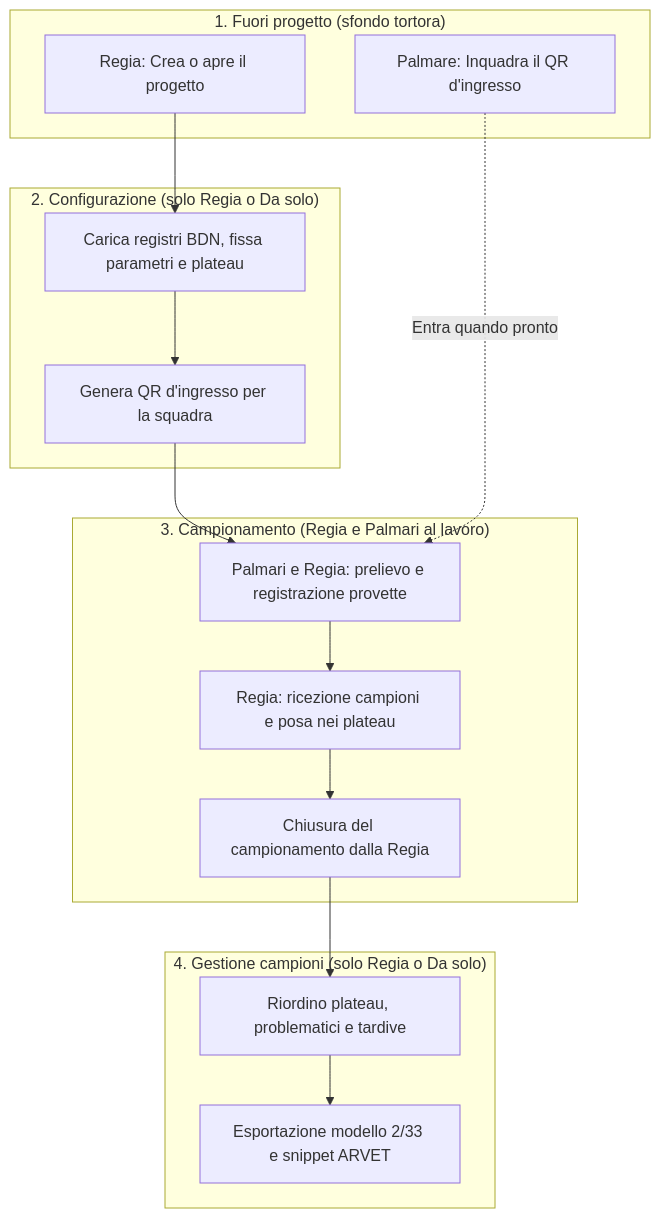
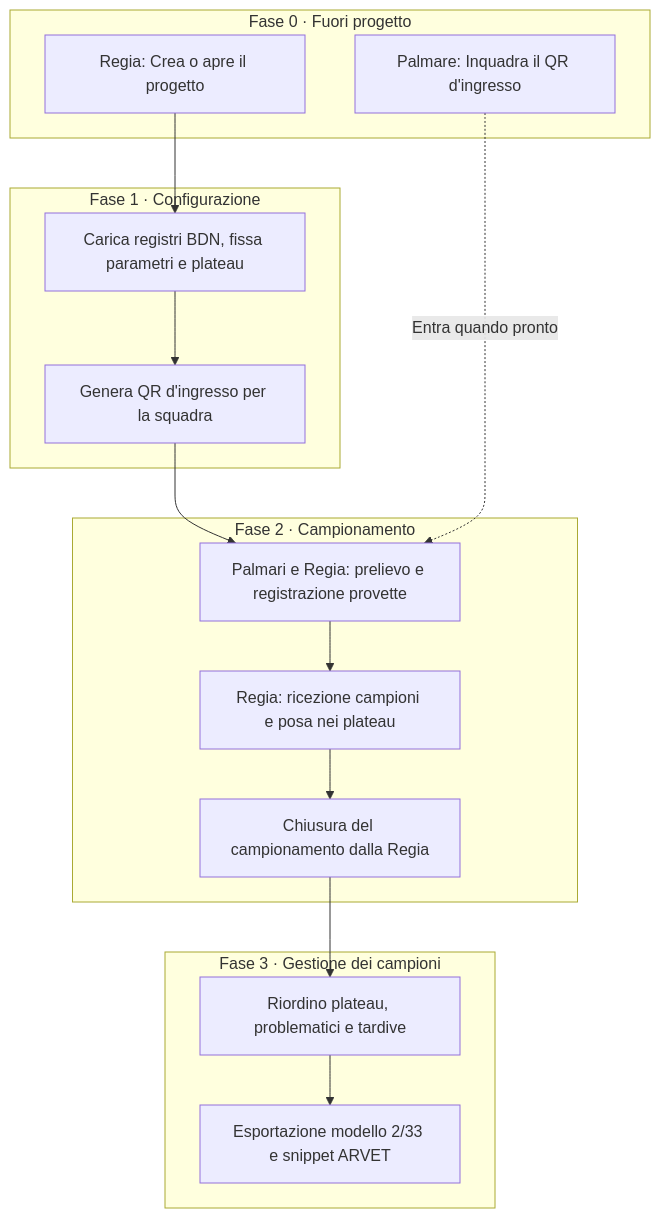
One commit to uvesco/fejalog-sito changed the diagram in docs/inizia-qui/fasi-e-ruoli.md. Above: the diagram before and after it, drawn with Mermaid. The commit also changed other lines of this file and 23 other files, not shown here.

Commit message:
Sito: icone, diagrammi ed elenchi corretti; APK dalla Regia nella guida (da fejalog acd0a11)

````diff
--- a/docs/inizia-qui/fasi-e-ruoli.md
+++ b/docs/inizia-qui/fasi-e-ruoli.md
@@ -30,32 +34,32 @@
 ```mermaid
 flowchart TD
-    subgraph F0 ["1. Fuori progetto (sfondo tortora)"]
+    subgraph F0 ["Fase 0 · Fuori progetto"]
         F0_A["Regia: Crea o apre il progetto"]
         F0_B["Palmare: Inquadra il QR d'ingresso"]
     end
 
-    subgraph F1 ["2. Configurazione (solo Regia o Da solo)"]
+    subgraph F1 ["Fase 1 · Configurazione"]
         F1_A["Carica registri BDN, fissa parametri e plateau"]
         F1_B["Genera QR d'ingresso per la squadra"]
     end
 
-    subgraph F2 ["3. Campionamento (Regia e Palmari al lavoro)"]
+    subgraph F2 ["Fase 2 · Campionamento"]
         F2_A["Palmari e Regia: prelievo e registrazione provette"]
         F2_B["Regia: ricezione campioni e posa nei plateau"]
         F2_C["Chiusura del campionamento dalla Regia"]
     end
 
-    subgraph F3 ["4. Gestione campioni (solo Regia o Da solo)"]
+    subgraph F3 ["Fase 3 · Gestione dei campioni"]
         F3_A["Riordino plateau, problematici e tardive"]
         F3_B["Esportazione modello 2/33 e snippet ARVET"]
     end
 
     F0_A --> F1_A
     F1_A --> F1_B
     F1_B --> F2_A
     F0_B -. Entra quando pronto .-> F2_A
     F2_A --> F2_B
     F2_B --> F2_C
     F2_C --> F3_A
     F3_A --> F3_B
 ```
````
